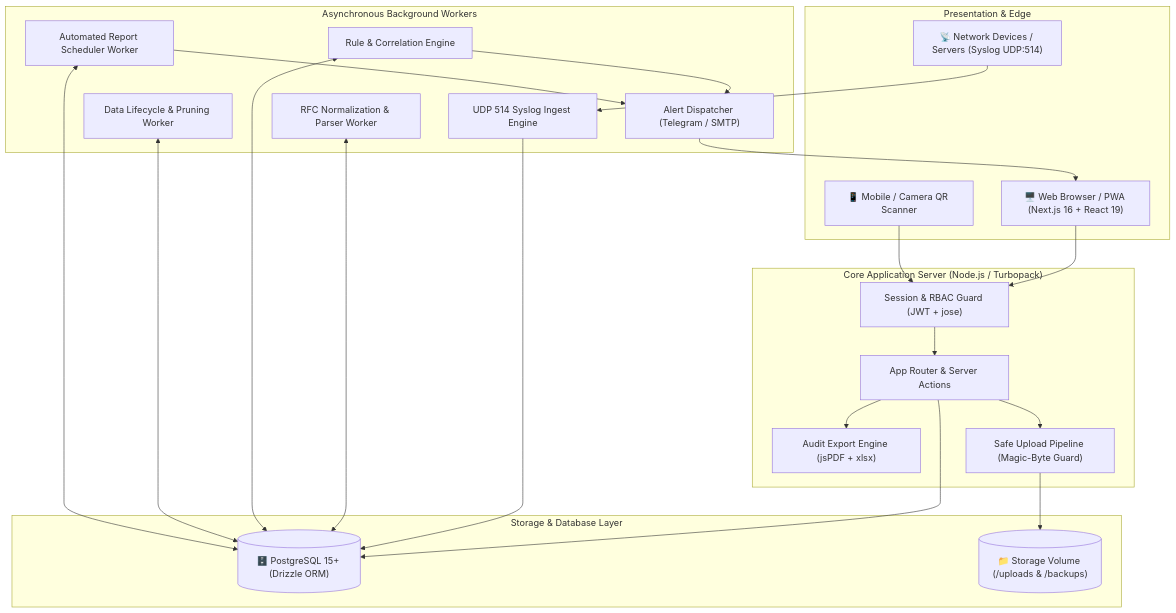
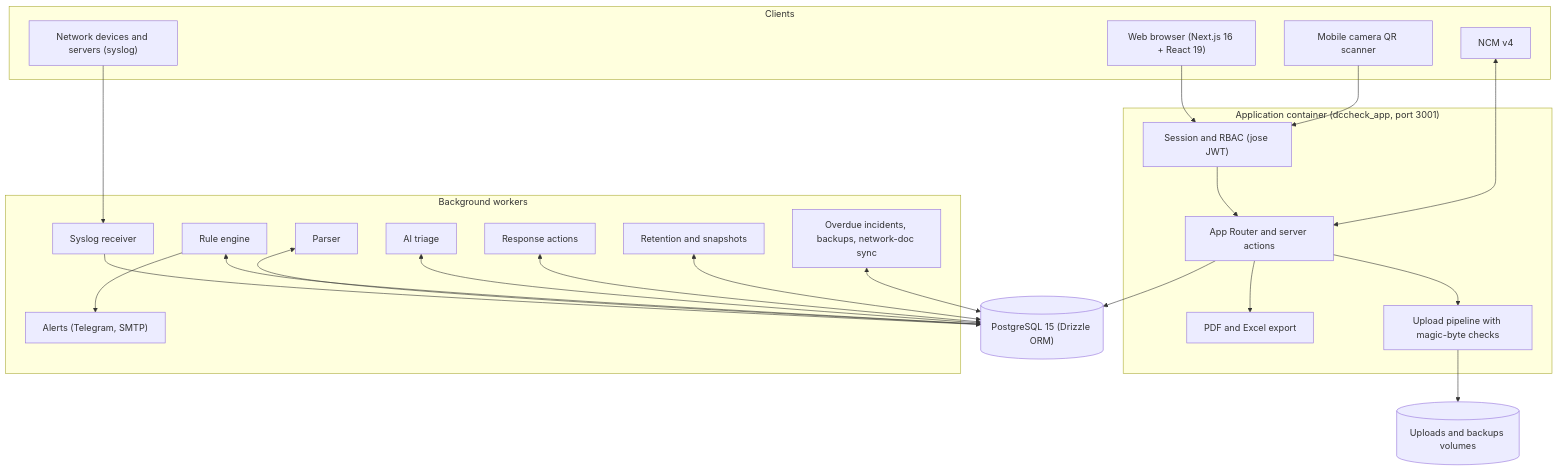
The diagram in README.md (torpedoliar/DataGuard), drawn with Mermaid before and after one commit. The commit also changed other lines of this file and 1 other file, not shown here.

````diff
--- a/README.md
+++ b/README.md
@@ -79,47 +95,45 @@
 ```mermaid
 flowchart TB
-    subgraph Clients["Presentation & Edge"]
-        Browser["🖥️ Web Browser / PWA (Next.js 16 + React 19)"]
-        Scanner["📱 Mobile / Camera QR Scanner"]
-        SyslogSources["📡 Network Devices / Servers (Syslog UDP:514)"]
+    subgraph Clients
+        Browser["Web browser (Next.js 16 + React 19)"]
+        Scanner["Mobile camera QR scanner"]
+        Sources["Network devices and servers (syslog)"]
+        NCM["NCM v4"]
     end
 
-    subgraph AppServer["Core Application Server (Node.js / Turbopack)"]
-        AppRouter["App Router & Server Actions"]
-        Auth["Session & RBAC Guard (JWT + jose)"]
-        ExportEngines["Audit Export Engine (jsPDF + xlsx)"]
-        UploadHandler["Safe Upload Pipeline (Magic-Byte Guard)"]
+    subgraph App["Application container (dccheck_app, port 3001)"]
+        Router["App Router and server actions"]
+        Auth["Session and RBAC (jose JWT)"]
+        Export["PDF and Excel export"]
+        Upload["Upload pipeline with magic-byte checks"]
     end
 
-    subgraph SIEMWorkers["Asynchronous Background Workers"]
-        SyslogReceiver["UDP 514 Syslog Ingest Engine"]
-        ParserWorker["RFC Normalization & Parser Worker"]
-        RuleWorker["Rule & Correlation Engine"]
-        AlertWorker["Alert Dispatcher (Telegram / SMTP)"]
-        RetentionWorker["Data Lifecycle & Pruning Worker"]
-        ReportWorker["Automated Report Scheduler Worker"]
+    subgraph Workers["Background workers"]
+        Syslog["Syslog receiver"]
+        Parser["Parser"]
+        Rules["Rule engine"]
+        Alerts["Alerts (Telegram, SMTP)"]
+        AI["AI triage"]
+        Response["Response actions"]
+        Retention["Retention and snapshots"]
+        Ops["Overdue incidents, backups, network-doc sync"]
     end
 
-    subgraph Persistence["Storage & Database Layer"]
-        Postgres[("🗄️ PostgreSQL 15+ (Drizzle ORM)")]
-        Volume[("📁 Storage Volume (/uploads & /backups)")]
-    end
+    DB[("PostgreSQL 15 (Drizzle ORM)")]
+    Files[("Uploads and backups volumes")]
 
-    Browser --> Auth
+    Browser --> Auth --> Router
     Scanner --> Auth
-    Auth --> AppRouter
-    AppRouter --> ExportEngines
-    AppRouter --> UploadHandler
-    AppRouter --> Postgres
-    UploadHandler --> Volume
-
-    SyslogSources --> SyslogReceiver
-    SyslogReceiver --> Postgres
-    ParserWorker <--> Postgres
-    RuleWorker <--> Postgres
-    RuleWorker --> AlertWorker
-    AlertWorker --> Browser
-    RetentionWorker <--> Postgres
-    ReportWorker <--> Postgres
-    ReportWorker --> AlertWorker
+    Router --> Export
+    Router --> Upload --> Files
+    Router --> DB
+    NCM <--> Router
+    Sources --> Syslog --> DB
+    Parser <--> DB
+    Rules <--> DB
+    Rules --> Alerts
+    AI <--> DB
+    Response <--> DB
+    Retention <--> DB
+    Ops <--> DB
 ```
````
